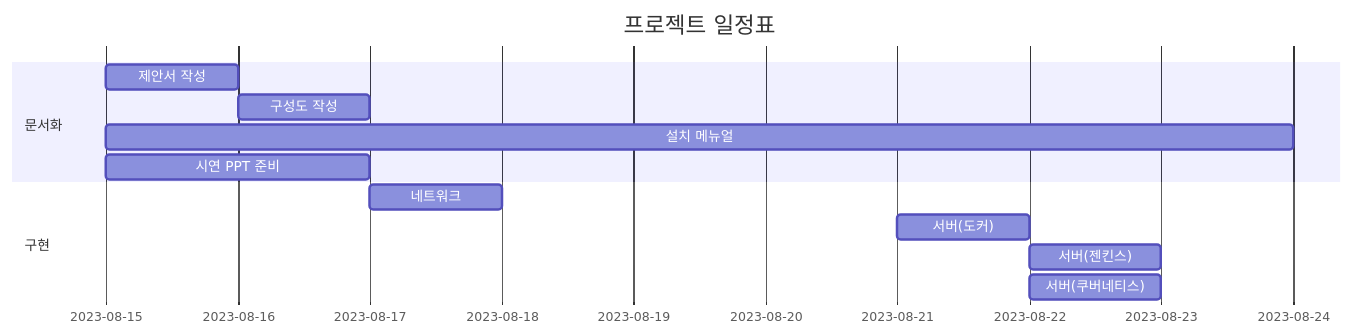
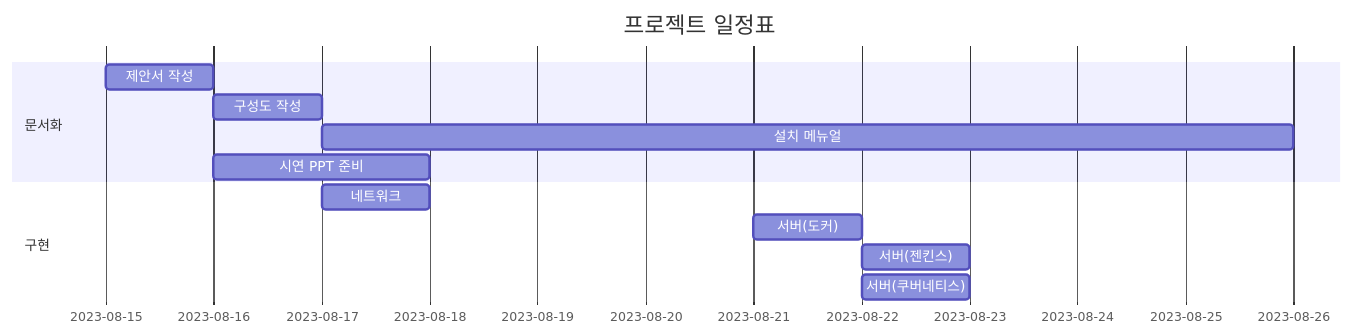
One commit to KimJeongHoon190/First_Project changed the diagram in README.md. Above: the diagram before and after it, drawn with Mermaid.

````diff
--- a/README.md
+++ b/README.md
@@ -4,16 +4,16 @@
 ```mermaid
 gantt
     title 프로젝트 일정표
     dateFormat  YYYY-MM-DD
     section 문서화
     제안서 작성  : a1, 2023-08-15, 1d
     구성도 작성  : after a1, 1d
-    설치 메뉴얼 : after a2, 9d
-    시연 PPT 준비 : after a3, 2d
+    설치 메뉴얼 : after a1, 2023-08-17, 9d
+    시연 PPT 준비 : after a1, 2d
 
     section 구현
     네트워크     : b1, 2023-08-17, 1d
     서버(도커) : b2, 2023-08-21, 1d
     서버(젠킨스) :after b2 , 1d
     서버(쿠버네티스) : after b2, 1d
 ```
````
